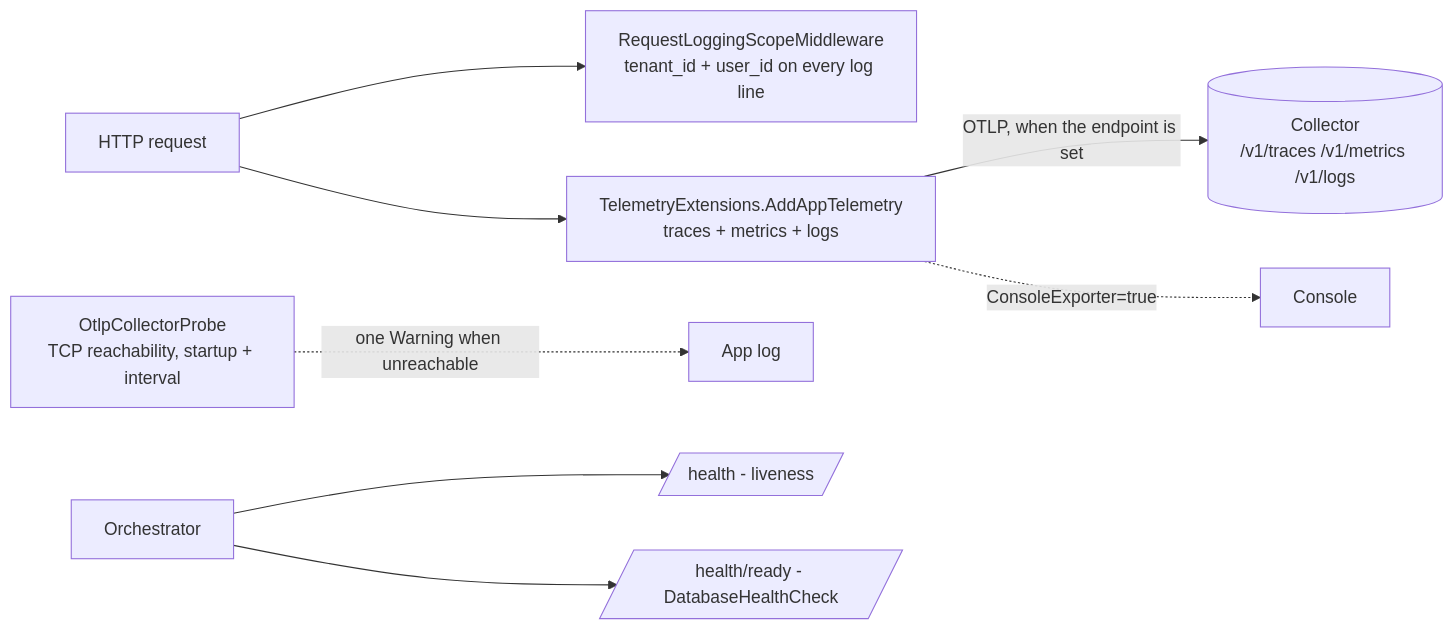
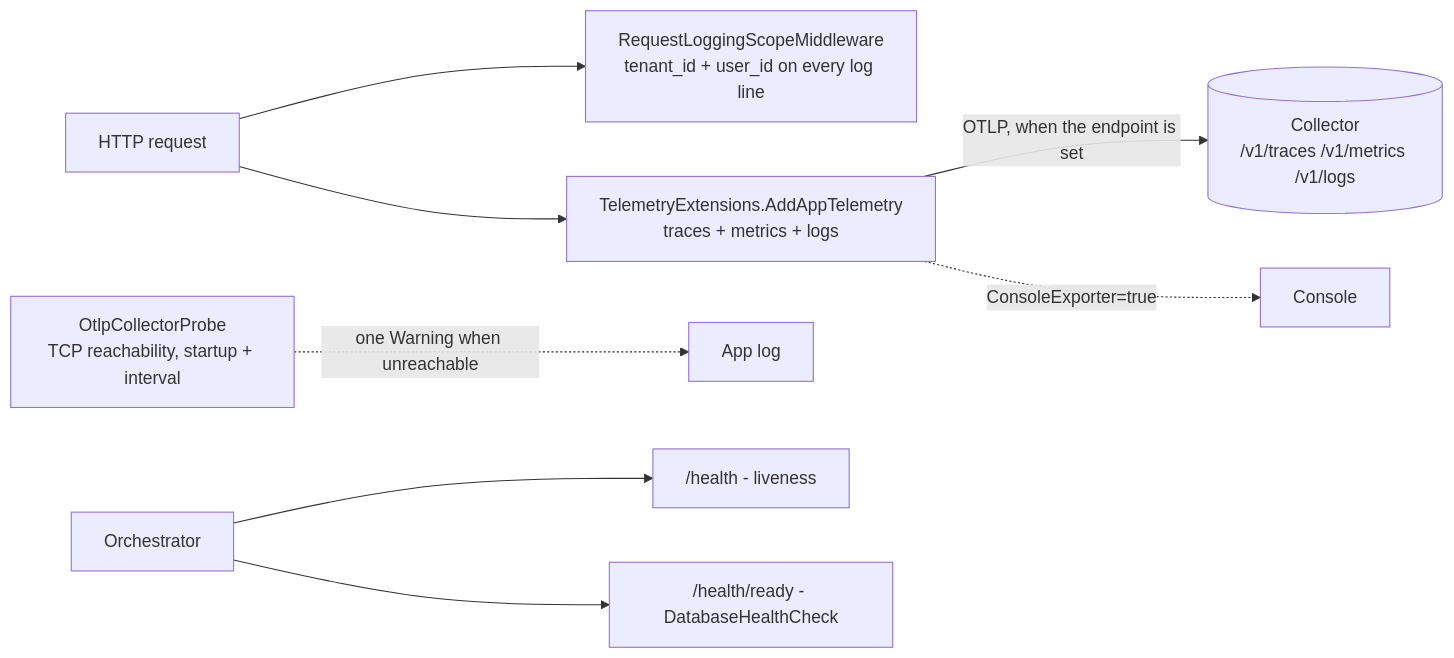
Before and after one commit to argamboad/perezosoft-platform: the ninth of 9 diagrams in docs/ARCHITECTURE.md, drawn with Mermaid. The commit also changed other lines of this file and 13 other files, not shown here.

First line of the commit message:
docs(course): diagrams re-rendered on Windows, two class diagrams made legible, the PDF regenerated

````diff
--- a/docs/ARCHITECTURE.md
+++ b/docs/ARCHITECTURE.md
@@ -362,10 +370,10 @@
 ```mermaid
 flowchart LR
     Req[HTTP request] --> Scope[RequestLoggingScopeMiddleware<br/>tenant_id + user_id on every log line]
     Req --> Otel[TelemetryExtensions.AddAppTelemetry<br/>traces + metrics + logs]
     Otel -->|OTLP, when the endpoint is set| Col[(Collector<br/>/v1/traces /v1/metrics /v1/logs)]
     Otel -.->|ConsoleExporter=true| Con[Console]
     Probe[OtlpCollectorProbe<br/>TCP reachability, startup + interval] -.->|one Warning when unreachable| Log[App log]
-    Orch[Orchestrator] --> Live[/health - liveness/]
-    Orch --> Ready[/health/ready - DatabaseHealthCheck/]
+    Orch[Orchestrator] --> Live["/health - liveness"]
+    Orch --> Ready["/health/ready - DatabaseHealthCheck"]
 ```
````
